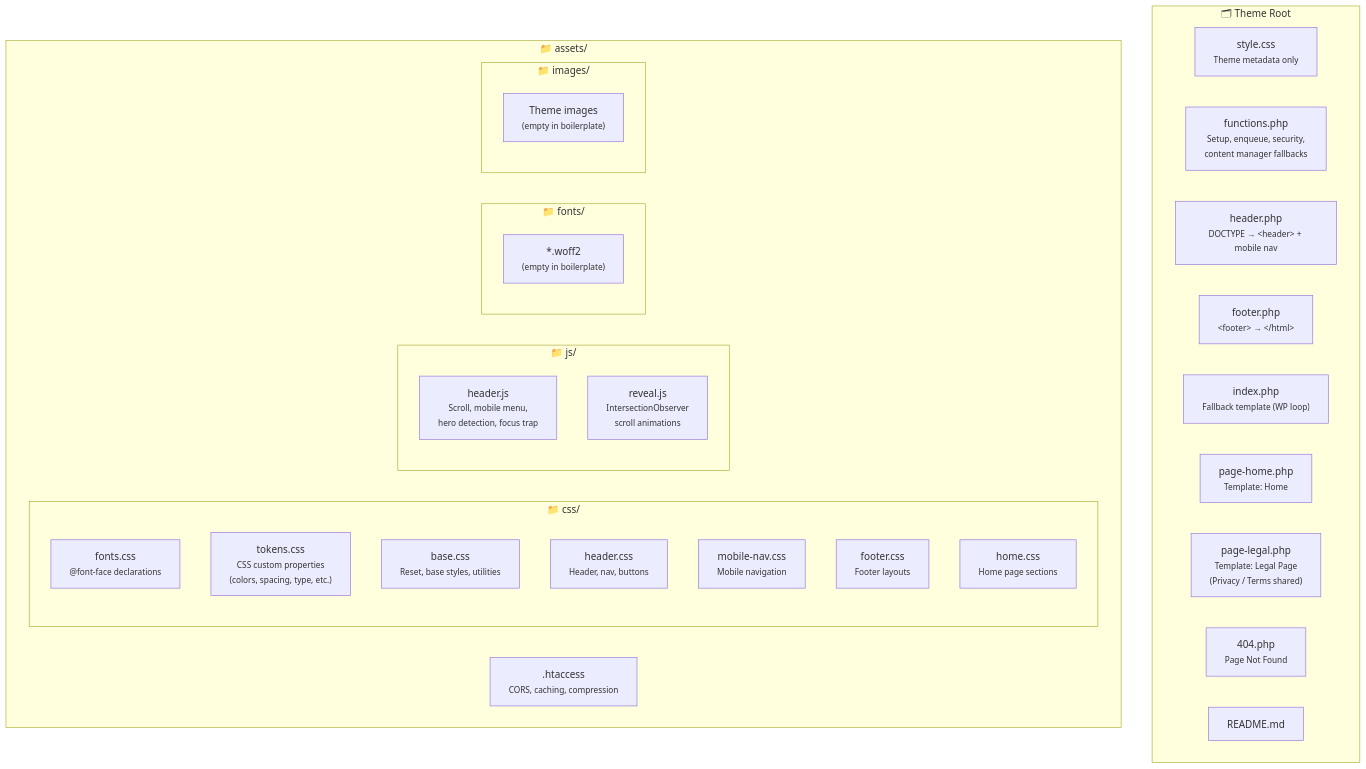
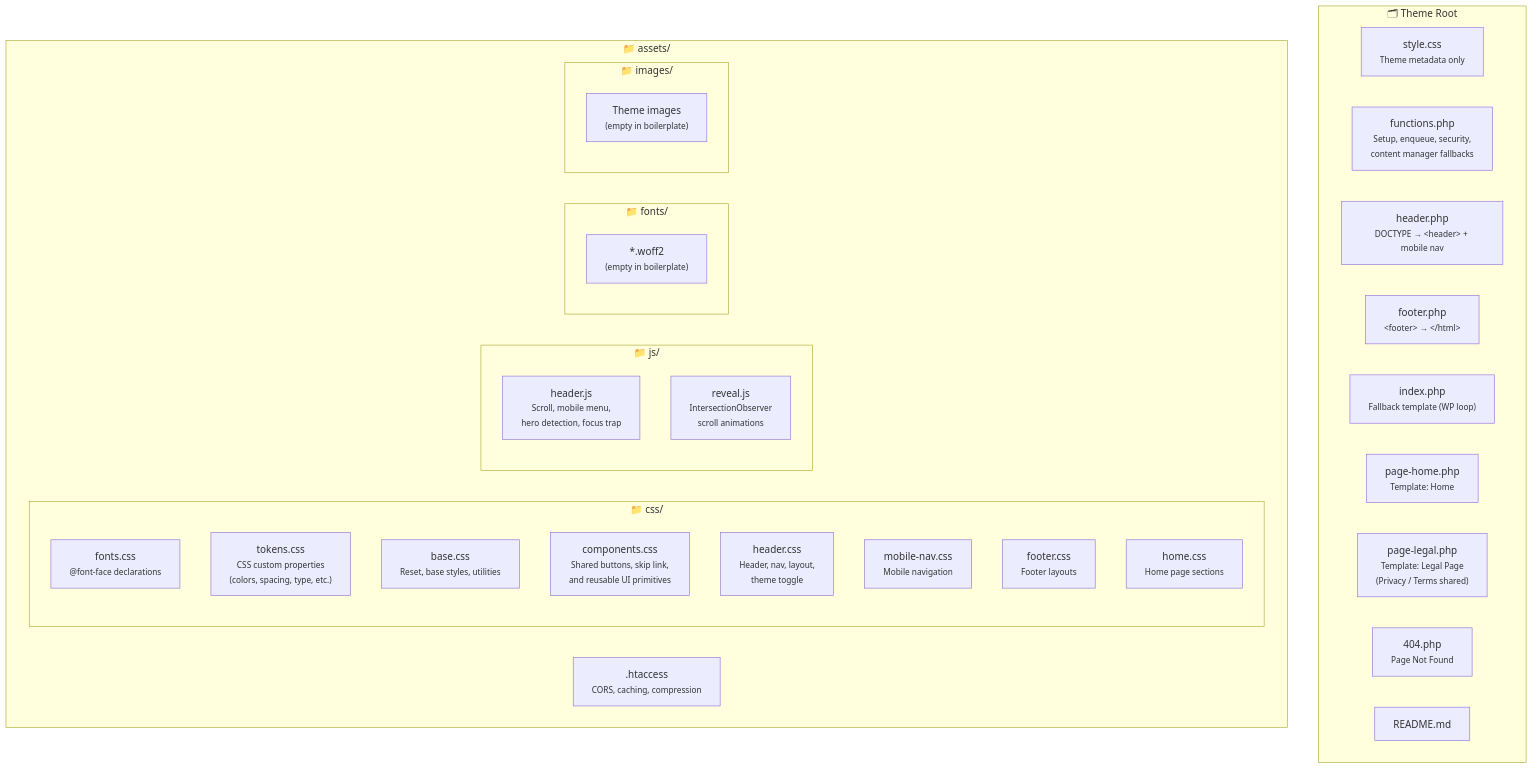
One commit to cavraeg-eng/bookings-and-flight changed the first of 10 diagrams in themes/bookings-and-flights-static/ARCHITECTURE.md. Above: the diagram before and after it, drawn with Mermaid. The commit also changed other lines of this file and 9 other files, not shown here.

Commit message:
Split shared theme components CSS

````diff
--- a/themes/bookings-and-flights-static/ARCHITECTURE.md
+++ b/themes/bookings-and-flights-static/ARCHITECTURE.md
@@ -7,41 +7,42 @@
 ```mermaid
 graph TB
     subgraph THEME["🗂 Theme Root"]
         style_css["style.css<br/><small>Theme metadata only</small>"]
         functions["functions.php<br/><small>Setup, enqueue, security,<br/>content manager fallbacks</small>"]
         header["header.php<br/><small>DOCTYPE → &lt;header&gt; + mobile nav</small>"]
         footer["footer.php<br/><small>&lt;footer&gt; → &lt;/html&gt;</small>"]
         index["index.php<br/><small>Fallback template (WP loop)</small>"]
         page_home["page-home.php<br/><small>Template: Home</small>"]
         page_legal["page-legal.php<br/><small>Template: Legal Page<br/>(Privacy / Terms shared)</small>"]
         four04["404.php<br/><small>Page Not Found</small>"]
         readme["README.md"]
     end
 
     subgraph ASSETS["📁 assets/"]
         htaccess[".htaccess<br/><small>CORS, caching, compression</small>"]
 
         subgraph CSS["📁 css/"]
             fonts_css["fonts.css<br/><small>@font-face declarations</small>"]
             tokens_css["tokens.css<br/><small>CSS custom properties<br/>(colors, spacing, type, etc.)</small>"]
             base_css["base.css<br/><small>Reset, base styles, utilities</small>"]
-            header_css["header.css<br/><small>Header, nav, buttons</small>"]
+            components_css["components.css<br/><small>Shared buttons, skip link,<br/>and reusable UI primitives</small>"]
+            header_css["header.css<br/><small>Header, nav, layout,<br/>theme toggle</small>"]
             mobile_nav_css["mobile-nav.css<br/><small>Mobile navigation</small>"]
             footer_css["footer.css<br/><small>Footer layouts</small>"]
             home_css["home.css<br/><small>Home page sections</small>"]
         end
 
         subgraph JS["📁 js/"]
             header_js["header.js<br/><small>Scroll, mobile menu,<br/>hero detection, focus trap</small>"]
             reveal_js["reveal.js<br/><small>IntersectionObserver<br/>scroll animations</small>"]
         end
 
         subgraph FONTS["📁 fonts/"]
             font_files["*.woff2<br/><small>(empty in boilerplate)</small>"]
         end
 
         subgraph IMAGES["📁 images/"]
             image_files["Theme images<br/><small>(empty in boilerplate)</small>"]
         end
     end
 ```
````
